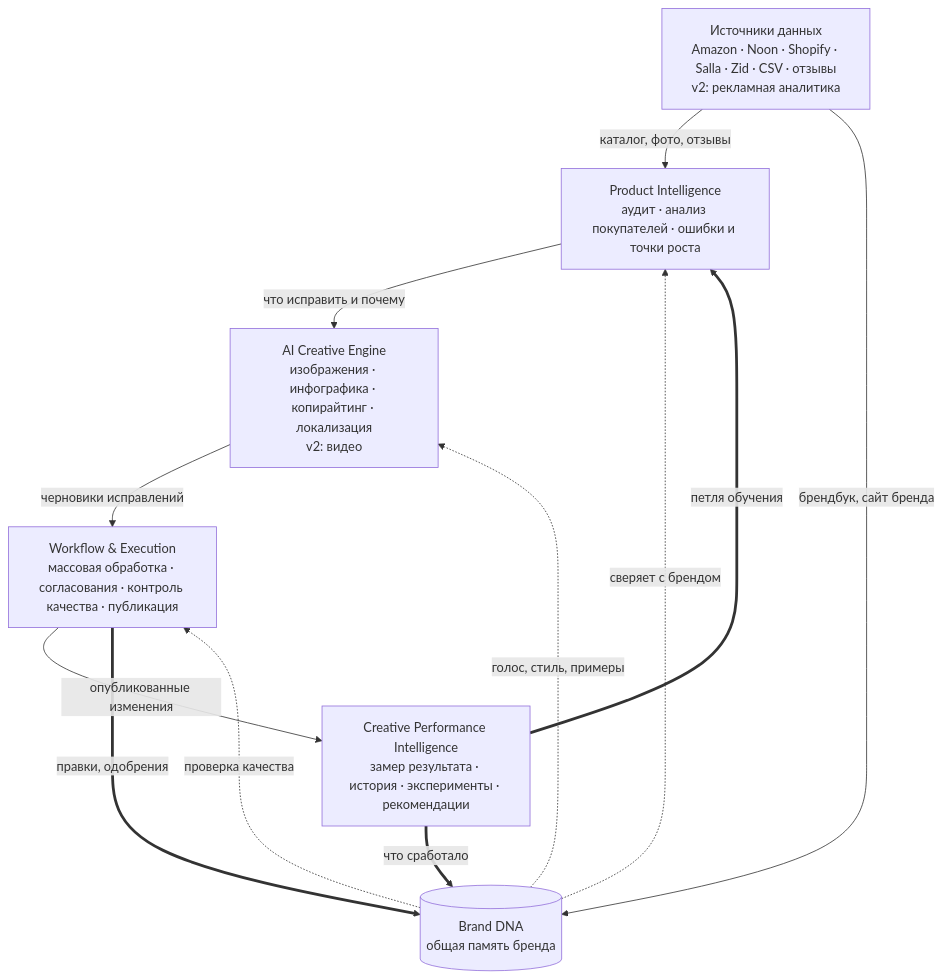
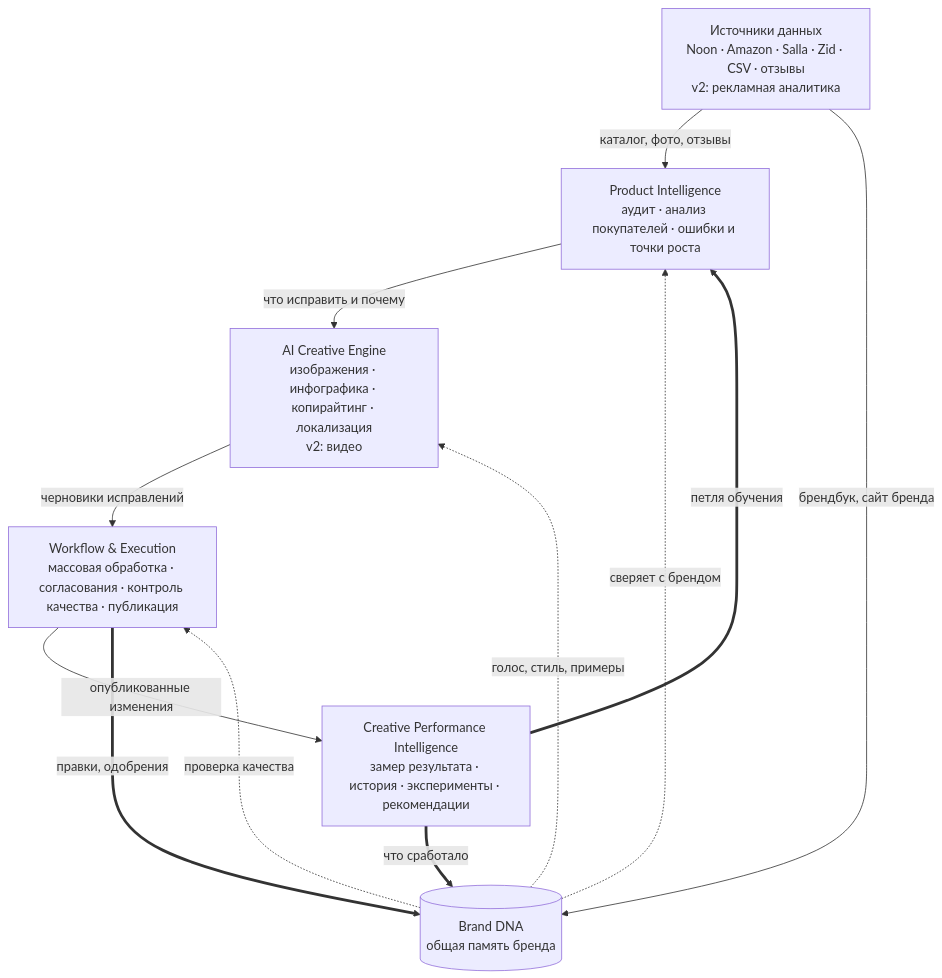
One commit to ibraD123/Orchestr changed the diagram in ROADMAP.md. Above: the diagram before and after it, drawn with Mermaid. The commit also changed other lines of this file and 23 other files, not shown here.

First line of the commit message:
Remove unit economics and Shopify; Noon first

````diff
--- a/ROADMAP.md
+++ b/ROADMAP.md
@@ -20,23 +20,23 @@
 ```mermaid
 flowchart TB
-  S["Источники данных<br/>Amazon · Noon · Shopify · Salla · Zid · CSV · отзывы<br/>v2: рекламная аналитика"]
+  S["Источники данных<br/>Noon · Amazon · Salla · Zid · CSV · отзывы<br/>v2: рекламная аналитика"]
   I["Product Intelligence<br/>аудит · анализ покупателей · ошибки и точки роста"]
   C["AI Creative Engine<br/>изображения · инфографика · копирайтинг · локализация<br/>v2: видео"]
   W["Workflow & Execution<br/>массовая обработка · согласования · контроль качества · публикация"]
   P["Creative Performance Intelligence<br/>замер результата · история · эксперименты · рекомендации"]
   B[("Brand DNA<br/>общая память бренда")]
 
   S -->|каталог, фото, отзывы| I
   I -->|что исправить и почему| C
   C -->|черновики исправлений| W
   W -->|опубликованные изменения| P
 
   S -->|брендбук, сайт бренда| B
   B -.->|сверяет с брендом| I
   B -.->|голос, стиль, примеры| C
   B -.->|проверка качества| W
 
   W ==>|правки, одобрения| B
   P ==>|что сработало| B
   P ==>|петля обучения| I
 ```
````
